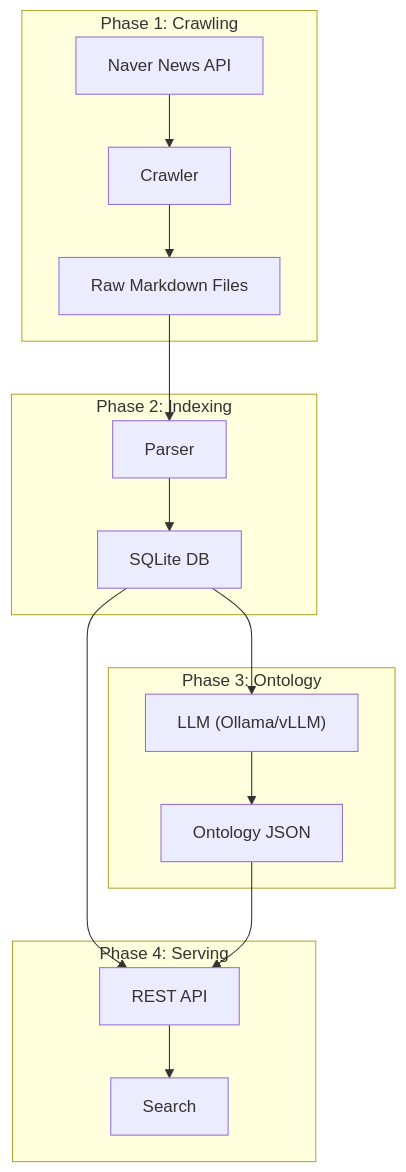
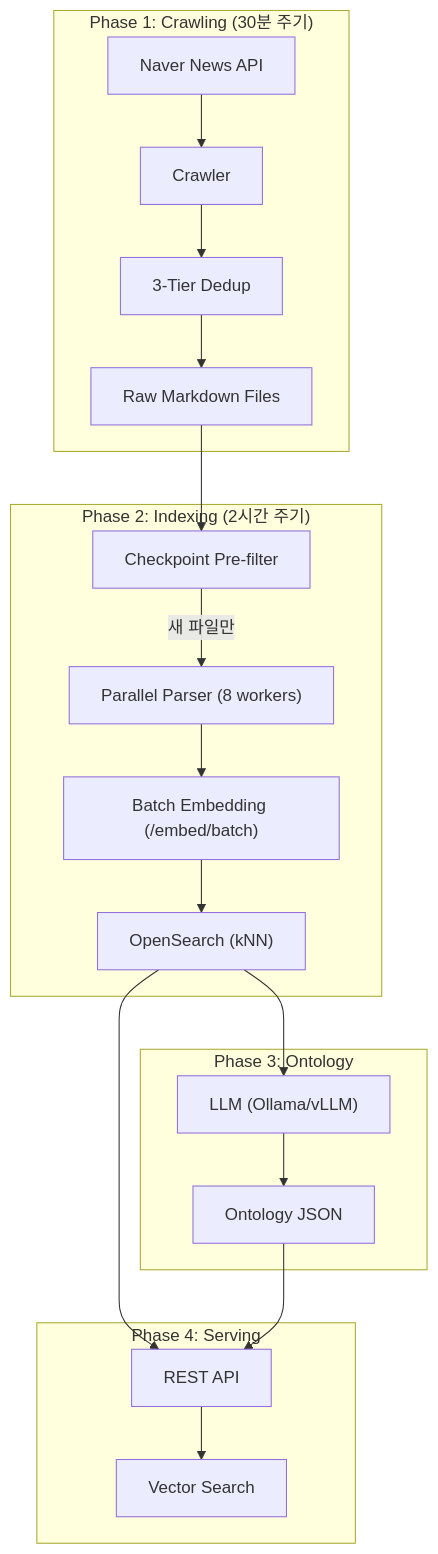
The fifth of 5 diagrams in ARCHITECTURE.md (hephaex/Baram), drawn with Mermaid before and after one commit. The commit also changed other lines of this file and 1 other file, not shown here.

Commit message:
docs: Add CLAUDE.md and update ARCHITECTURE.md with optimization details
- Create CLAUDE.md project guide for Claude Code
- Update ARCHITECTURE.md data flow diagram with new pipeline
- Document systemd automation, incremental indexing, parallel processing

````diff
--- a/ARCHITECTURE.md
+++ b/ARCHITECTURE.md
@@ -286,33 +286,39 @@
 ```mermaid
 flowchart TB
-    subgraph Phase1["Phase 1: Crawling"]
+    subgraph Phase1["Phase 1: Crawling (30분 주기)"]
         naver["Naver News API"]
         crawler["Crawler"]
         raw["Raw Markdown Files"]
+        dedup["3-Tier Dedup"]
     end
 
-    subgraph Phase2["Phase 2: Indexing"]
-        parser["Parser"]
-        sqlite["SQLite DB"]
+    subgraph Phase2["Phase 2: Indexing (2시간 주기)"]
+        checkpoint["Checkpoint Pre-filter"]
+        parallel_parse["Parallel Parser (8 workers)"]
+        batch_embed["Batch Embedding (/embed/batch)"]
+        opensearch["OpenSearch (kNN)"]
     end
 
     subgraph Phase3["Phase 3: Ontology"]
         llm["LLM (Ollama/vLLM)"]
         ontology["Ontology JSON"]
     end
 
     subgraph Phase4["Phase 4: Serving"]
         api["REST API"]
-        search["Search"]
+        search["Vector Search"]
     end
 
     naver --> crawler
-    crawler --> raw
-    raw --> parser
-    parser --> sqlite
-    sqlite --> llm
+    crawler --> dedup
+    dedup --> raw
+    raw --> checkpoint
+    checkpoint -->|새 파일만| parallel_parse
+    parallel_parse --> batch_embed
+    batch_embed --> opensearch
+    opensearch --> llm
     llm --> ontology
-    sqlite --> api
+    opensearch --> api
     ontology --> api
     api --> search
 ```
````
